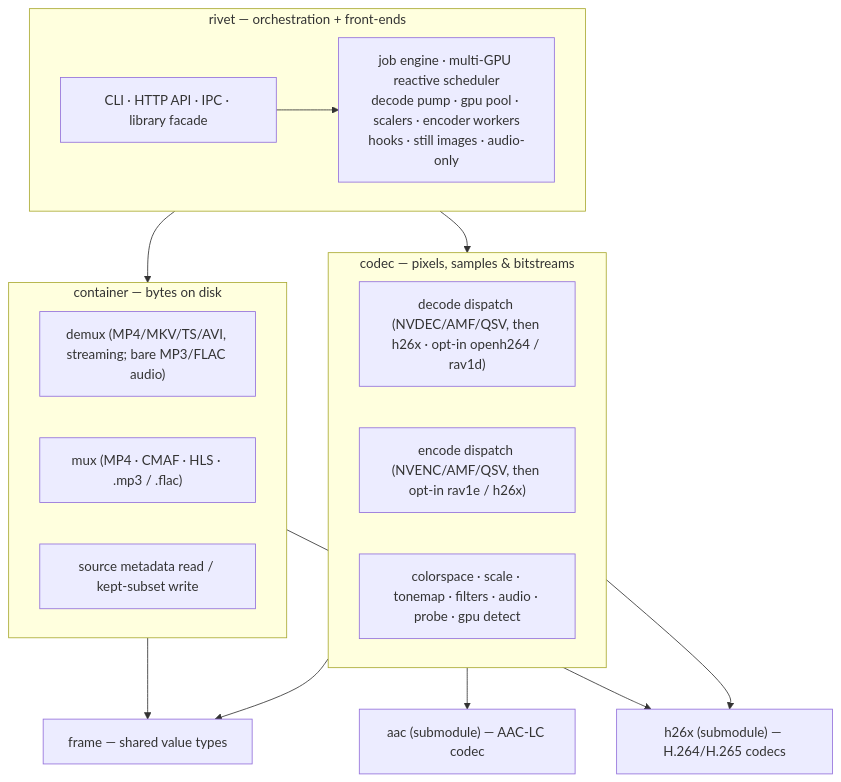
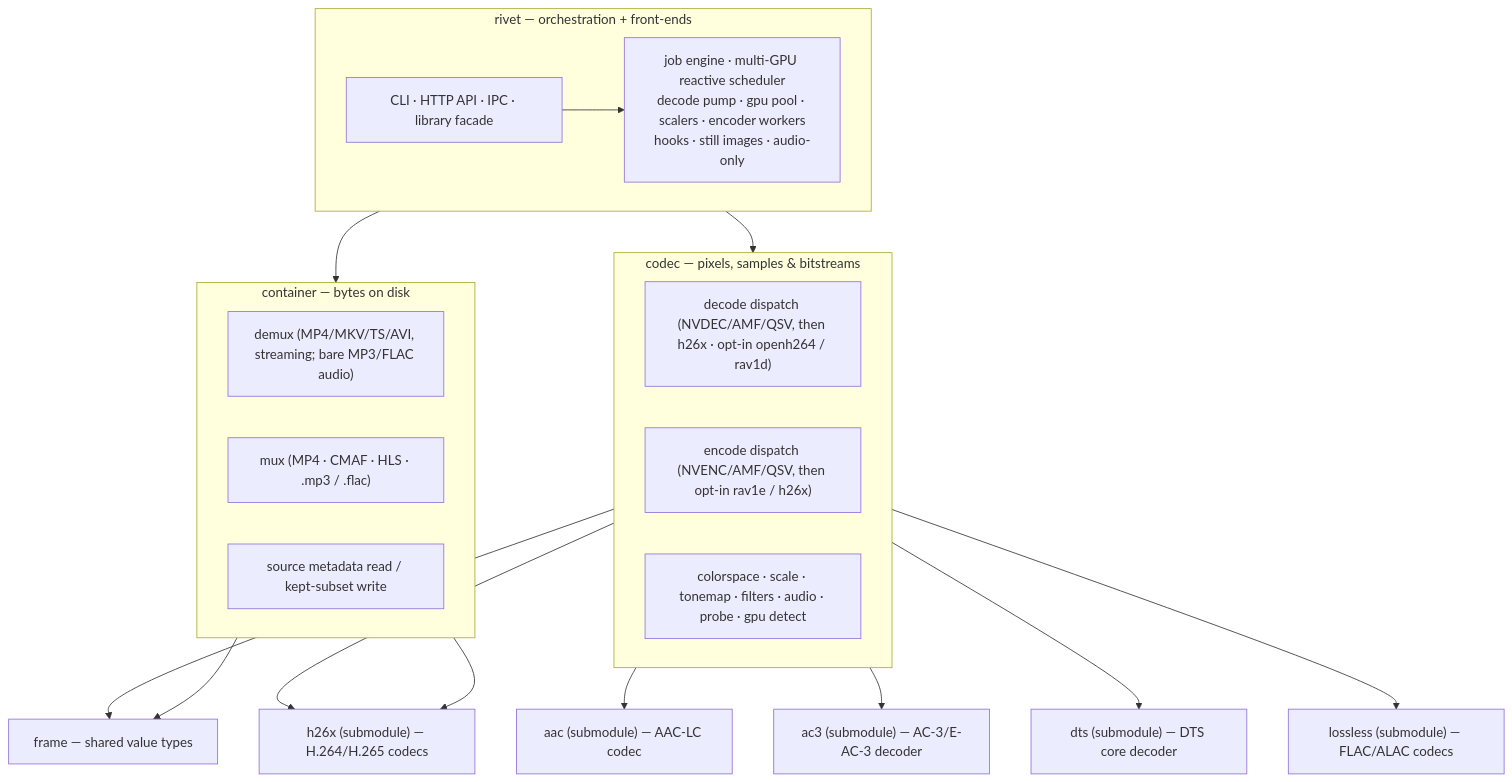
One commit to rivet-transcoder/rivet changed the first of 3 diagrams in docs/architecture.md. Above: the diagram before and after it, drawn with Mermaid. The commit also changed other lines of this file and 13 other files, not shown here.

First line of the commit message:
docs: the AC-3, DTS and lossless crates in their own repositories; CI tests them

````diff
--- a/docs/architecture.md
+++ b/docs/architecture.md
@@ -64,28 +66,34 @@
 ```mermaid
 flowchart TD
     subgraph rivet["rivet — orchestration + front-ends"]
         FE["CLI · HTTP API · IPC · library facade"]
         ENG["job engine · multi-GPU reactive scheduler<br/>decode pump · gpu pool · scalers · encoder workers<br/>hooks · still images · audio-only"]
         FE --> ENG
     end
     rivet --> codec
     rivet --> container
     subgraph codec["codec — pixels, samples & bitstreams"]
         DEC["decode dispatch (NVDEC/AMF/QSV, then h26x · opt-in openh264 / rav1d)"]
         ENC["encode dispatch (NVENC/AMF/QSV, then opt-in rav1e / h26x)"]
         CLR["colorspace · scale · tonemap · filters · audio · probe · gpu detect"]
     end
     subgraph container["container — bytes on disk"]
         DMX["demux (MP4/MKV/TS/AVI, streaming; bare MP3/FLAC audio)"]
         MUX["mux (MP4 · CMAF · HLS · .mp3 / .flac)"]
         META["source metadata read / kept-subset write"]
     end
     codec --> frame
     codec --> h26x
     codec --> aac
+    codec --> ac3
+    codec --> dts
+    codec --> lossless
     container --> frame
     container --> h26x
     frame["frame — shared value types"]
     h26x["h26x (submodule) — H.264/H.265 codecs"]
     aac["aac (submodule) — AAC-LC codec"]
+    ac3["ac3 (submodule) — AC-3/E-AC-3 decoder"]
+    dts["dts (submodule) — DTS core decoder"]
+    lossless["lossless (submodule) — FLAC/ALAC codecs"]
 ```
````
